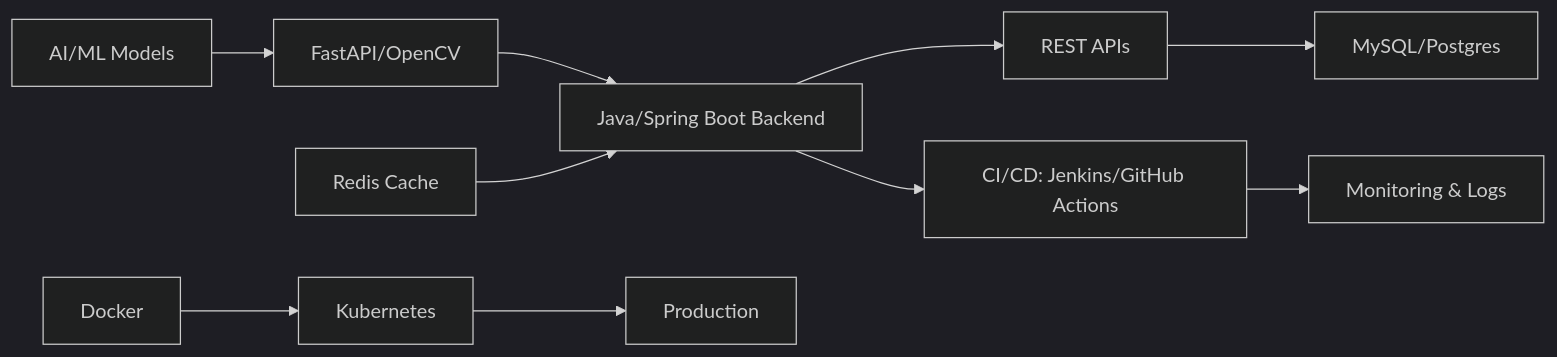
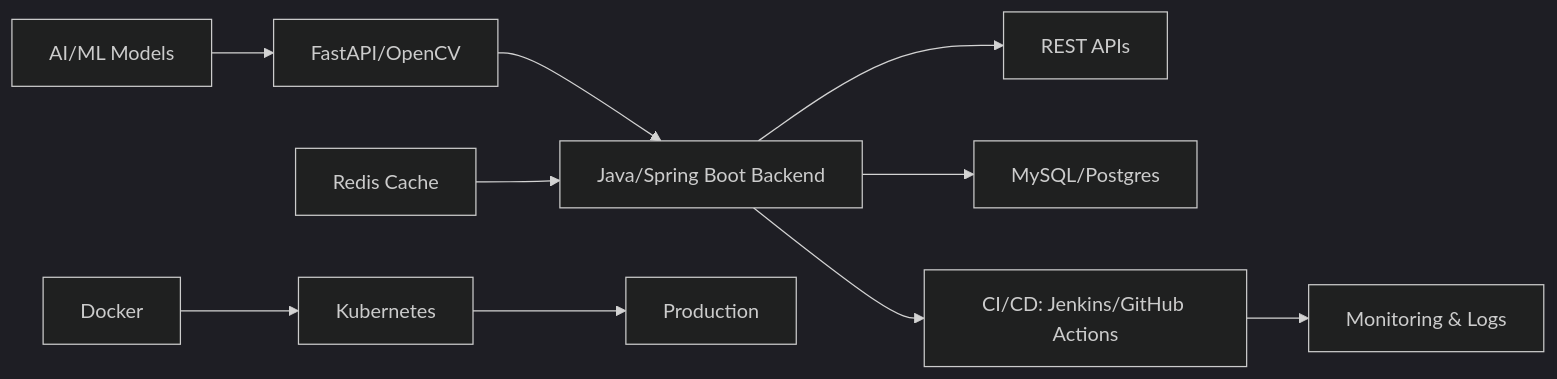
The diagram in README.md (AminaHasanaath/AminaHasanaath), drawn with Mermaid (dark theme) before and after one commit. The commit also changed other lines of this file, not shown here.

````diff
--- a/README.md
+++ b/README.md
@@ -76,12 +68,12 @@
 ```mermaid
 graph LR
     A[AI/ML Models] --> B[FastAPI/OpenCV]
     B --> C[Java/Spring Boot Backend]
     C --> D[REST APIs]
-    D --> E[MySQL/Postgres]
+    C --> E[MySQL/Postgres]
     F[Redis Cache] --> C
     G[Docker] --> H[Kubernetes]
     H --> I[Production]
     C --> J[CI/CD: Jenkins/GitHub Actions]
     J --> K[Monitoring & Logs]
 ```
````
